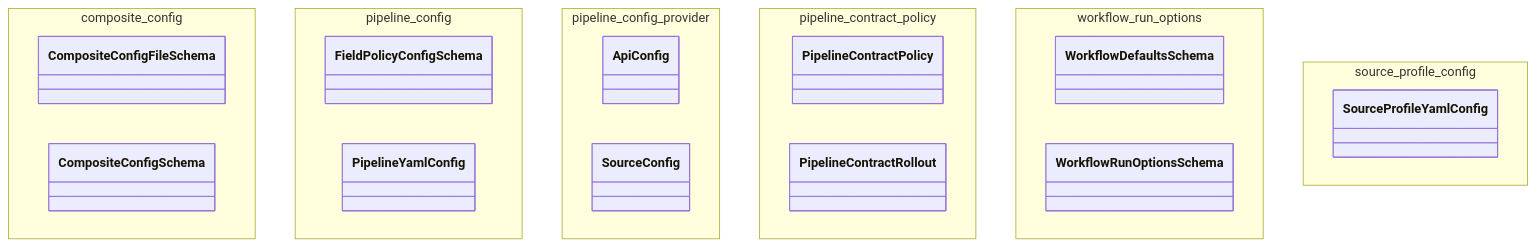
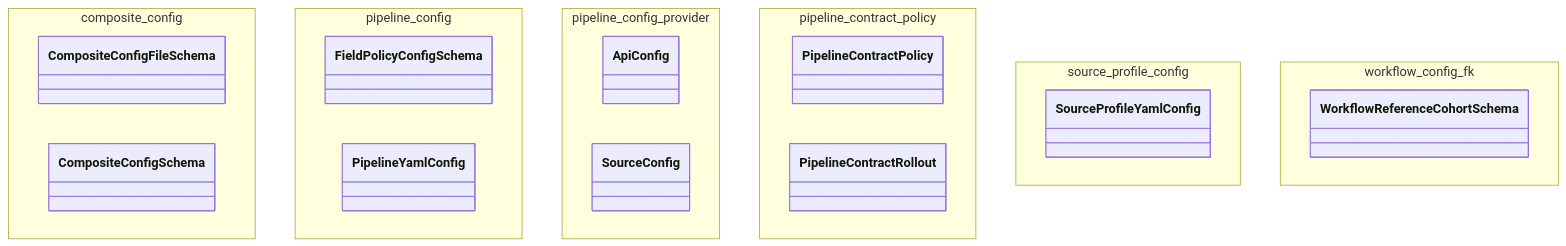
Before and after one commit to SatoryKono/BioactivityDataAcquisition: the diagram in docs/02-architecture/diagrams/class-diagrams/90-pkg-infrastructure-schemas-part4.mmd, drawn with Mermaid. The commit also changed 26 other files, not shown here.

```diff
--- a/docs/02-architecture/diagrams/class-diagrams/90-pkg-infrastructure-schemas-part4.mmd
+++ b/docs/02-architecture/diagrams/class-diagrams/90-pkg-infrastructure-schemas-part4.mmd
@@ -1,39 +1,38 @@
 %% Title: Package Family: infrastructure/schemas (Part 4/4)
-%% Covers: AST-derived supplemental package-family inventory slice for src/bioetl/infrastructure/schemas; part 4/4; modules: composite_config, pipeline_config, pipeline_config_provider, pipeline_contract_policy, workflow_run_options, source_profile_config.
+%% Covers: AST-derived supplemental package-family inventory slice for src/bioetl/infrastructure/schemas; part 4/4; modules: composite_config, pipeline_config, pipeline_config_provider, pipeline_contract_policy, source_profile_config, workflow_config_fk.
 %% Components: top-level classes grouped by source module.
 %% @version 1.0.0
 %% @type    classDiagram
 %% @date    2026-10-04
 %% @level   Package Family / Inventory Slice
-%% @nodes   11
+%% @nodes   10
 %% @reference Generated supplemental package-family slice used to keep node density within the class-diagram readability budget (<= 30).
 classDiagram
 
     namespace composite_config {
         class CompositeConfigFileSchema
         class CompositeConfigSchema
     }
 
     namespace pipeline_config {
         class FieldPolicyConfigSchema
         class PipelineYamlConfig
     }
 
     namespace pipeline_config_provider {
         class ApiConfig
         class SourceConfig
     }
 
     namespace pipeline_contract_policy {
         class PipelineContractPolicy
         class PipelineContractRollout
     }
 
-    namespace workflow_run_options {
-        class WorkflowDefaultsSchema
-        class WorkflowRunOptionsSchema
-    }
-
     namespace source_profile_config {
         class SourceProfileYamlConfig
     }
+
+    namespace workflow_config_fk {
+        class WorkflowReferenceCohortSchema
+    }
```
